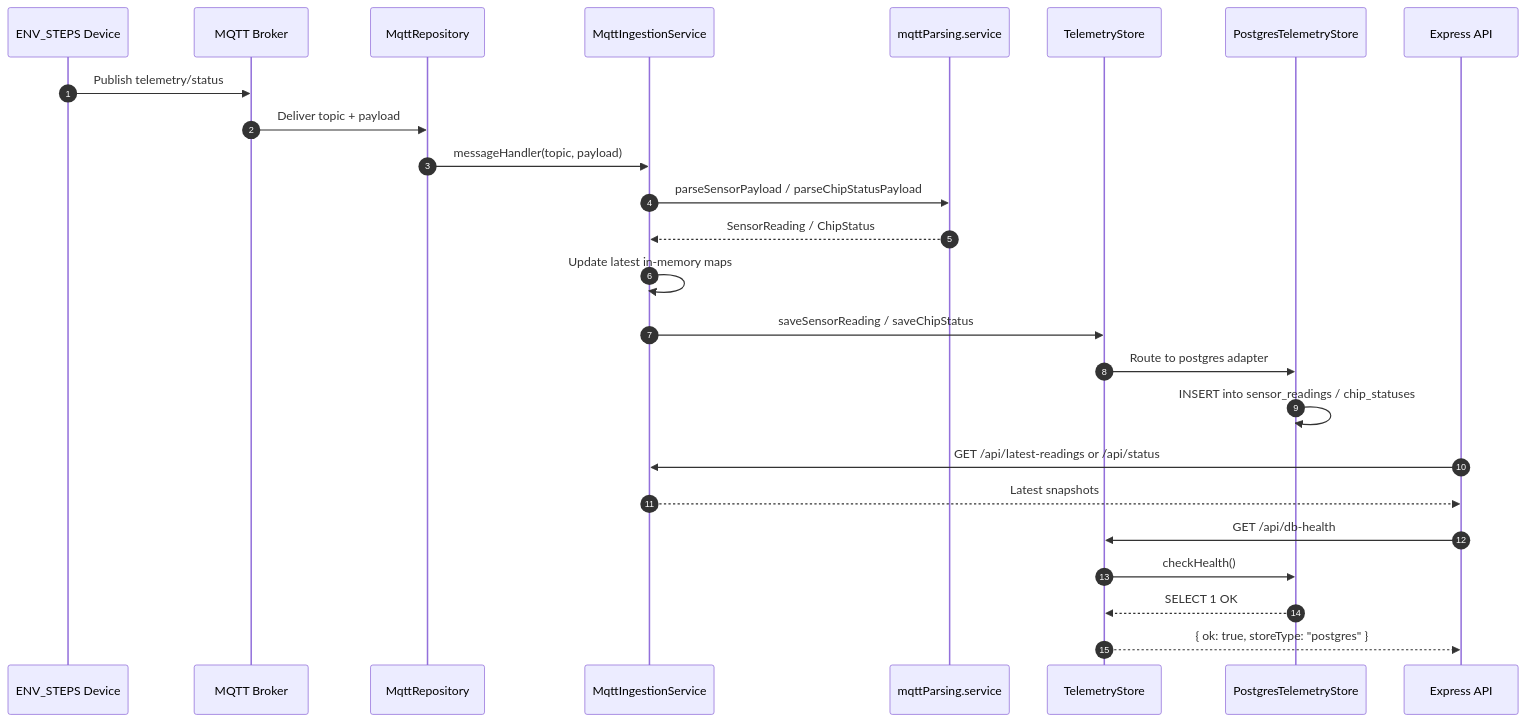
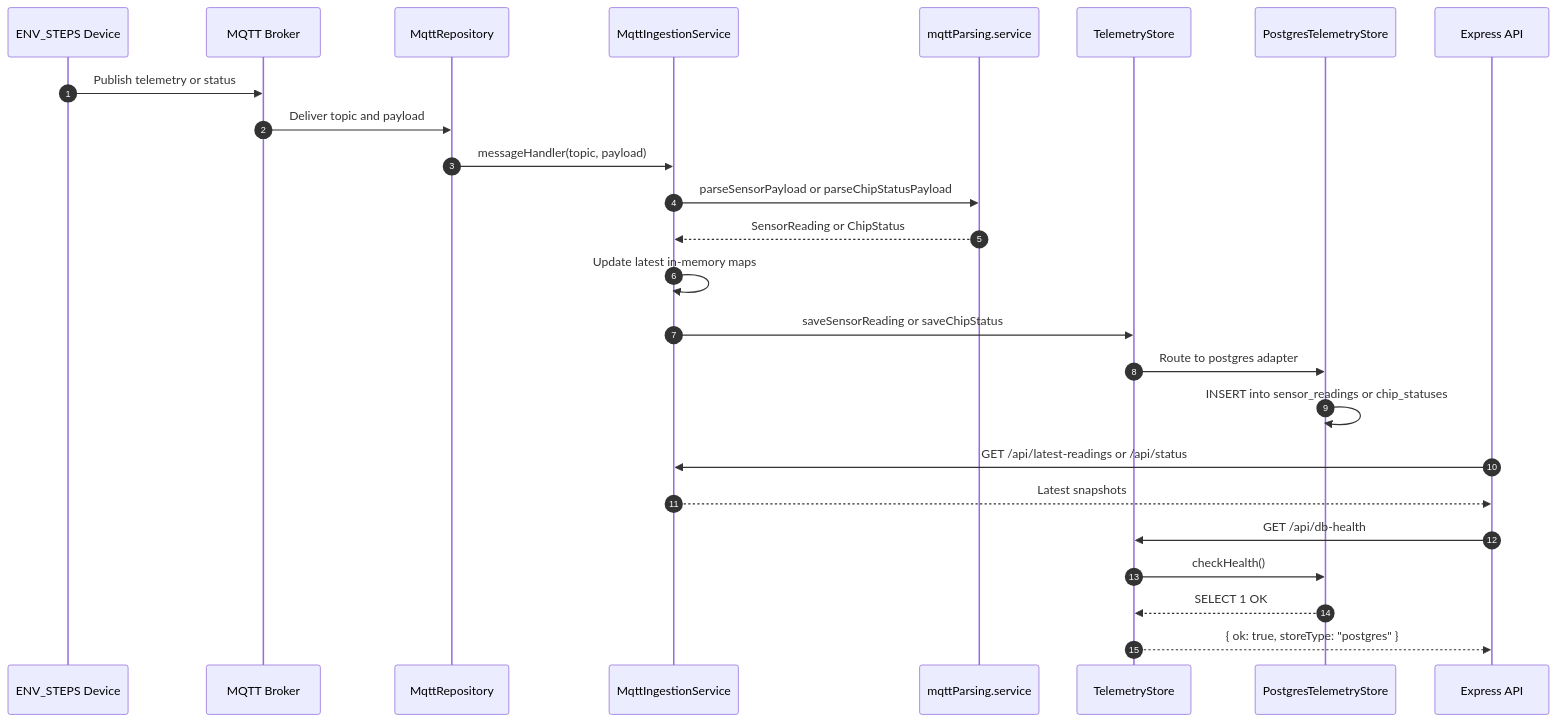
One commit to steinsaa/EnvNode changed the second of 2 diagrams in Flow.md. Above: the diagram before and after it, drawn with Mermaid. The commit also changed other lines of this file and 6 other files, not shown here.

````diff
--- a/Flow.md
+++ b/Flow.md
@@ -220,31 +104,31 @@
-  ```mermaid
-  sequenceDiagram
-    autonumber
-    participant Device as ENV_STEPS Device
-    participant Broker as MQTT Broker
-    participant Repo as MqttRepository
-    participant Ingest as MqttIngestionService
-    participant Parse as mqttParsing.service
-    participant Store as TelemetryStore
-    participant PG as PostgresTelemetryStore
-    participant API as Express API
+```mermaid
+sequenceDiagram
+  autonumber
+  participant Device as ENV_STEPS Device
+  participant Broker as MQTT Broker
+  participant Repo as MqttRepository
+  participant Ingest as MqttIngestionService
+  participant Parse as mqttParsing.service
+  participant Store as TelemetryStore
+  participant PG as PostgresTelemetryStore
+  participant API as Express API
 
-    Device->>Broker: Publish telemetry/status
-    Broker->>Repo: Deliver topic + payload
-    Repo->>Ingest: messageHandler(topic, payload)
-    Ingest->>Parse: parseSensorPayload / parseChipStatusPayload
-    Parse-->>Ingest: SensorReading / ChipStatus
+  Device->>Broker: Publish telemetry or status
+  Broker->>Repo: Deliver topic and payload
+  Repo->>Ingest: messageHandler(topic, payload)
+  Ingest->>Parse: parseSensorPayload or parseChipStatusPayload
+  Parse-->>Ingest: SensorReading or ChipStatus
 
-    Ingest->>Ingest: Update latest in-memory maps
-    Ingest->>Store: saveSensorReading / saveChipStatus
-    Store->>PG: Route to postgres adapter
-    PG->>PG: INSERT into sensor_readings / chip_statuses
+  Ingest->>Ingest: Update latest in-memory maps
+  Ingest->>Store: saveSensorReading or saveChipStatus
+  Store->>PG: Route to postgres adapter
+  PG->>PG: INSERT into sensor_readings or chip_statuses
 
-    API->>Ingest: GET /api/latest-readings or /api/status
-    Ingest-->>API: Latest snapshots
+  API->>Ingest: GET /api/latest-readings or /api/status
+  Ingest-->>API: Latest snapshots
 
-    API->>Store: GET /api/db-health
-    Store->>PG: checkHealth()
-    PG-->>Store: SELECT 1 OK
-    Store-->>API: { ok: true, storeType: "postgres" }
-  ```
+  API->>Store: GET /api/db-health
+  Store->>PG: checkHealth()
+  PG-->>Store: SELECT 1 OK
+  Store-->>API: { ok: true, storeType: "postgres" }
+```
````
